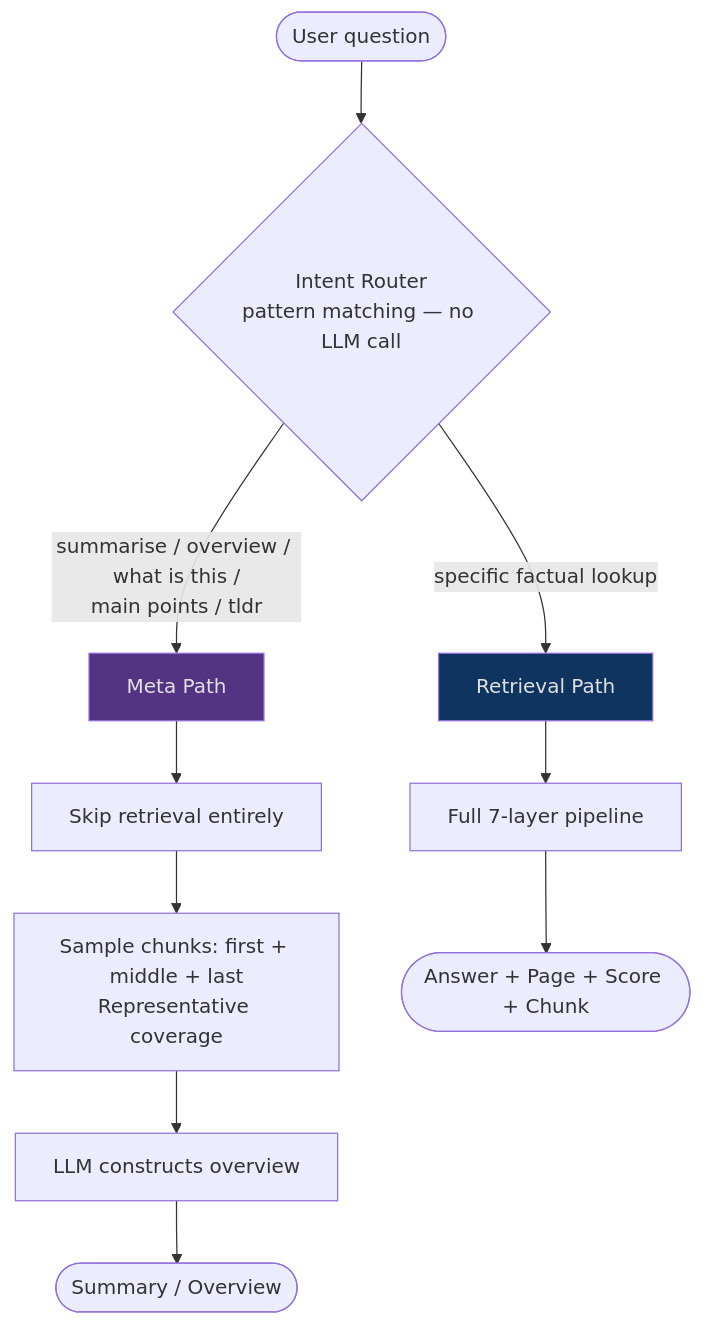
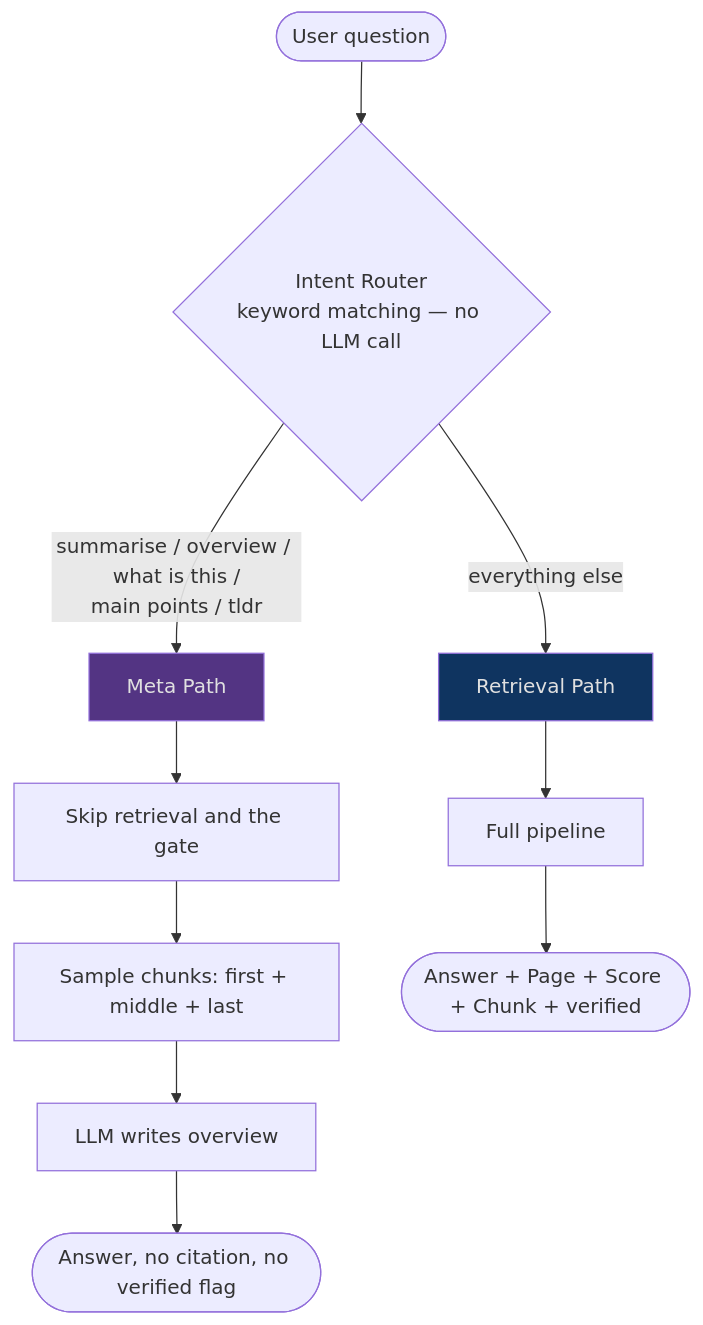
Before and after one commit to ishwaryaaaaaaaaa/LexAI: the fifth of 5 diagrams in README.md, drawn with Mermaid. The commit also changed other lines of this file and 2 other files, not shown here.

````diff
--- a/README.md
+++ b/README.md
@@ -202,18 +209,18 @@
 ```mermaid
 flowchart TD
-    Q([User question]) --> R{Intent Router\npattern matching — no LLM call}
+    Q([User question]) --> R{Intent Router\nkeyword matching — no LLM call}
 
     R -->|"summarise / overview / what is this /\nmain points / tldr"| META[Meta Path]
-    R -->|"specific factual lookup"| LOOKUP[Retrieval Path]
+    R -->|"everything else"| LOOKUP[Retrieval Path]
 
-    META --> M1[Skip retrieval entirely]
-    M1 --> M2["Sample chunks: first + middle + last\nRepresentative coverage"]
-    M2 --> M3[LLM constructs overview]
-    M3 --> OUT1([Summary / Overview])
+    META --> M1[Skip retrieval and the gate]
+    M1 --> M2["Sample chunks: first + middle + last"]
+    M2 --> M3[LLM writes overview]
+    M3 --> OUT1([Answer, no citation, no verified flag])
 
-    LOOKUP --> L1[Full 7-layer pipeline]
-    L1 --> OUT2([Answer + Page + Score + Chunk])
+    LOOKUP --> L1[Full pipeline]
+    L1 --> OUT2([Answer + Page + Score + Chunk + verified])
 
     style META fill:#533483,color:#e0e0e0
     style LOOKUP fill:#0f3460,color:#e0e0e0
 ```
````
